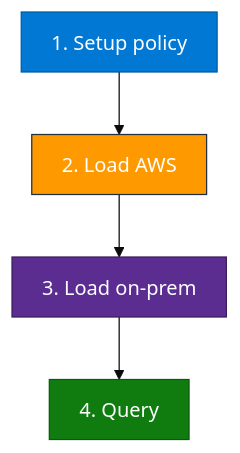
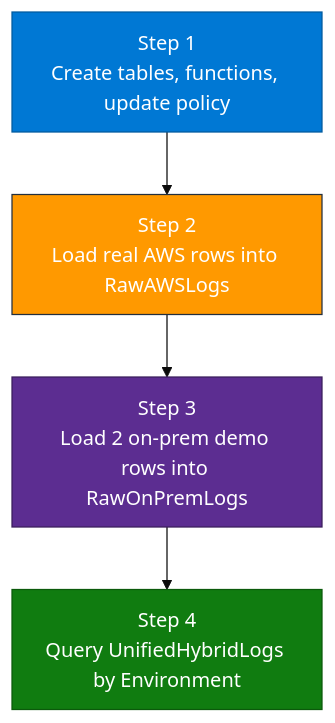
Before and after one commit to atingupta2005/adx-aws-training-aug-26: the diagram in Module_04_Hybrid_Architecture/04_Hybrid_Log_Ingestion_Lab.md, drawn with Mermaid. The commit also changed other lines of this file and 5 other files, not shown here.

````diff
--- a/Module_04_Hybrid_Architecture/04_Hybrid_Log_Ingestion_Lab.md
+++ b/Module_04_Hybrid_Architecture/04_Hybrid_Log_Ingestion_Lab.md
@@ -13,11 +17,11 @@
 ```mermaid
 %%{init: {"theme":"base","flowchart":{"htmlLabels":true,"padding":12}}}%%
 flowchart TB
-  A["1. Setup policy"] --> B["2. Load AWS"]
-  B --> C["3. Load on-prem"]
-  C --> D["4. Query"]
+  A["Step 1<br/>Create tables, functions, update policy"] --> B["Step 2<br/>Load real AWS rows into RawAWSLogs"]
+  B --> C["Step 3<br/>Load 2 on-prem demo rows into RawOnPremLogs"]
+  C --> D["Step 4<br/>Query UnifiedHybridLogs by Environment"]
   style A fill:#0078D4,stroke:#005A9E,color:#fff
   style B fill:#FF9900,stroke:#232F3E,color:#fff
   style C fill:#5C2D91,stroke:#3A1D5C,color:#fff
   style D fill:#107C10,stroke:#0B5A0B,color:#fff
 ```
````
